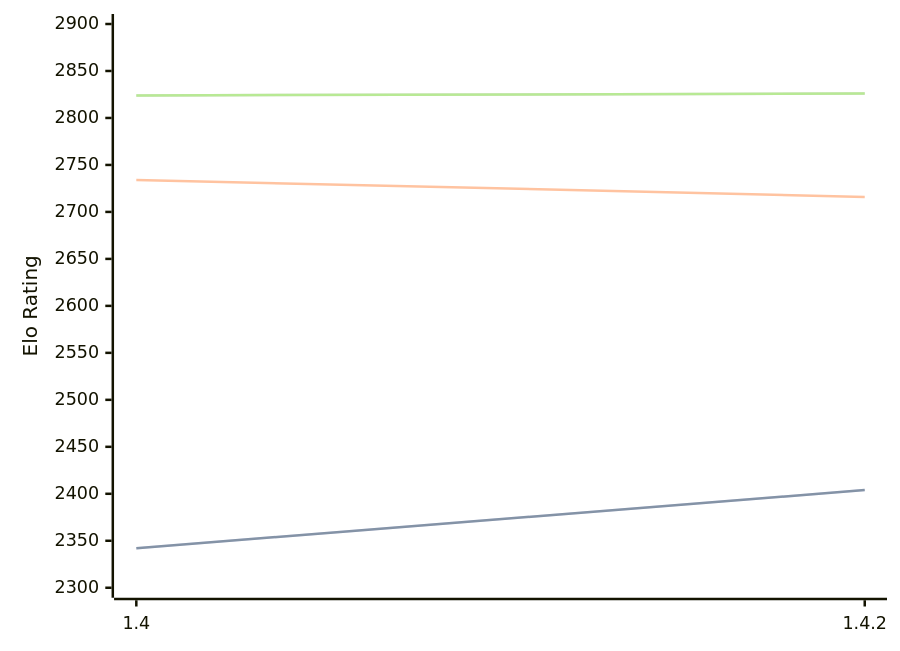
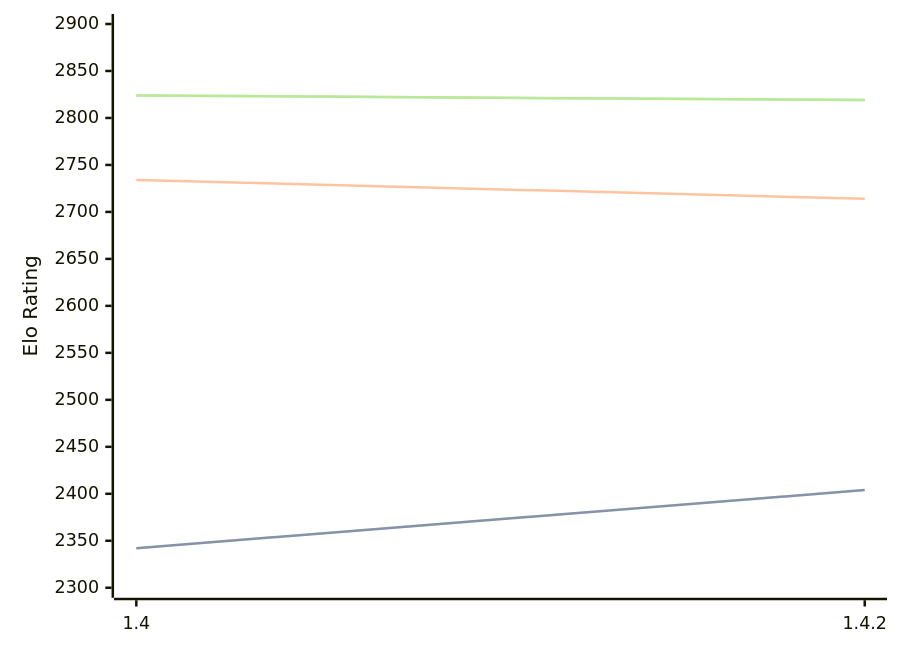
Before and after one commit to computer-chess-index/cci: the diagram in engines/Spike.md, drawn with Mermaid. The commit also changed other lines of this file, not shown here.

Commit message:
Update CCI Ratings (ELO VLTC) - 2026-09-09

````diff
--- a/engines/Spike.md
+++ b/engines/Spike.md
@@ -32,11 +32,11 @@
 ```mermaid
 %%{init: {"theme":"base","themeVariables":{"seriesColors:['#a3a3a3','#222221','#faa371']}}}%%
 xychart-beta
   x-axis ["1.4", "1.4.2"]
   y-axis "Elo Rating" 2300 --> 2900
   line "" [2342, 2404]
   line "STC (8.0+0.08s)" [2342, 2404]
-  line "LTC (60.0+0.60s)" [2734, 2716]
-  line "" [2824, 2826]
-  line "VLTC (2m24s+1.12s)" [2824, 2826]
+  line "LTC (60.0+0.60s)" [2734, 2714]
+  line "" [2824, 2819]
+  line "VLTC (2m24s+1.12s)" [2824, 2819]
 ```
````
